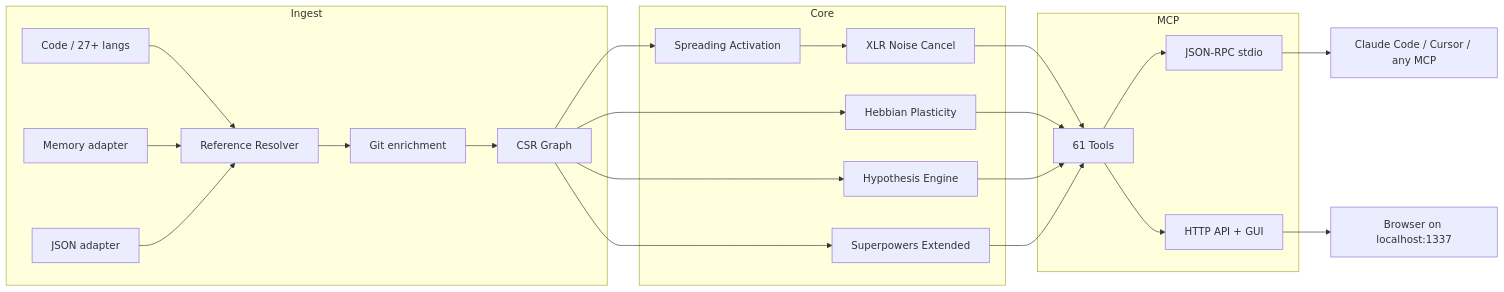
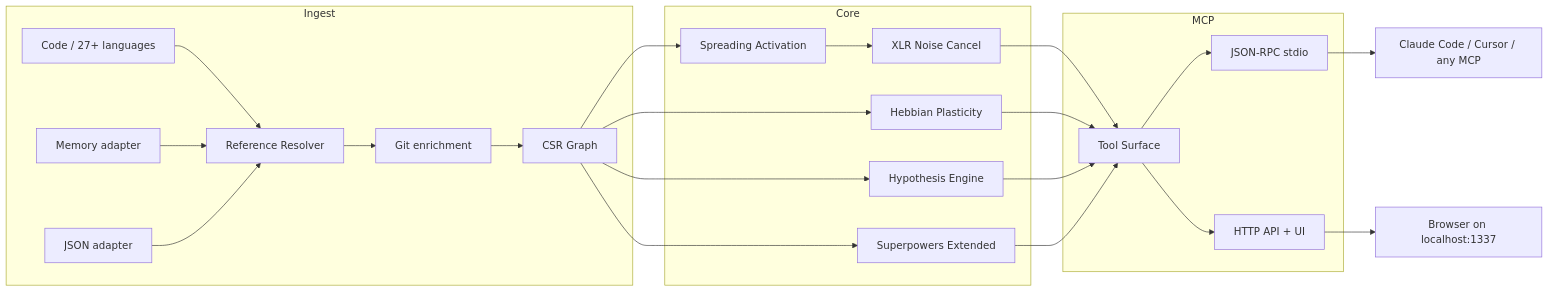
Before and after one commit to maxkle1nz/m1nd: the diagram in README.md, drawn with Mermaid. The commit also changed other lines of this file and 1 other file, not shown here.

````diff
--- a/README.md
+++ b/README.md
@@ -473,27 +498,27 @@
 ```mermaid
 graph LR
     subgraph Ingest
-        A[Code / 27+ langs] --> R[Reference Resolver]
+        A[Code / 27+ languages] --> R[Reference Resolver]
         MA[Memory adapter] --> R
         JA[JSON adapter] --> R
         R --> GD[Git enrichment]
         GD --> G[CSR Graph]
     end
     subgraph Core
         G --> SA[Spreading Activation]
         G --> HP[Hebbian Plasticity]
         G --> HY[Hypothesis Engine]
         G --> SX[Superpowers Extended]
         SA --> XLR[XLR Noise Cancel]
     end
     subgraph MCP
-        XLR --> T[61 Tools]
+        XLR --> T[Tool Surface]
         HP --> T
         HY --> T
         SX --> T
         T --> IO[JSON-RPC stdio]
-        T --> HTTP[HTTP API + GUI]
+        T --> HTTP[HTTP API + UI]
     end
     IO --> C[Claude Code / Cursor / any MCP]
     HTTP --> B[Browser on localhost:1337]
 ```
````
